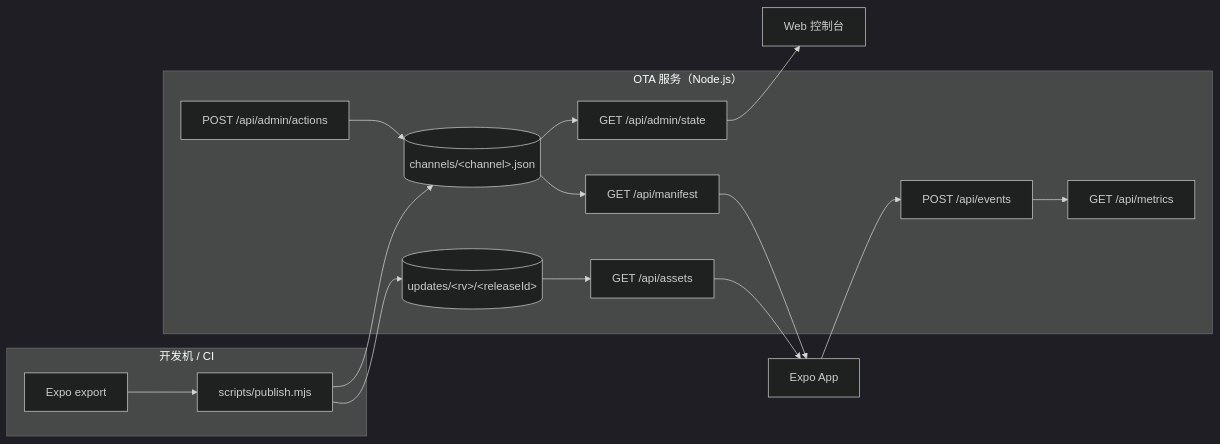
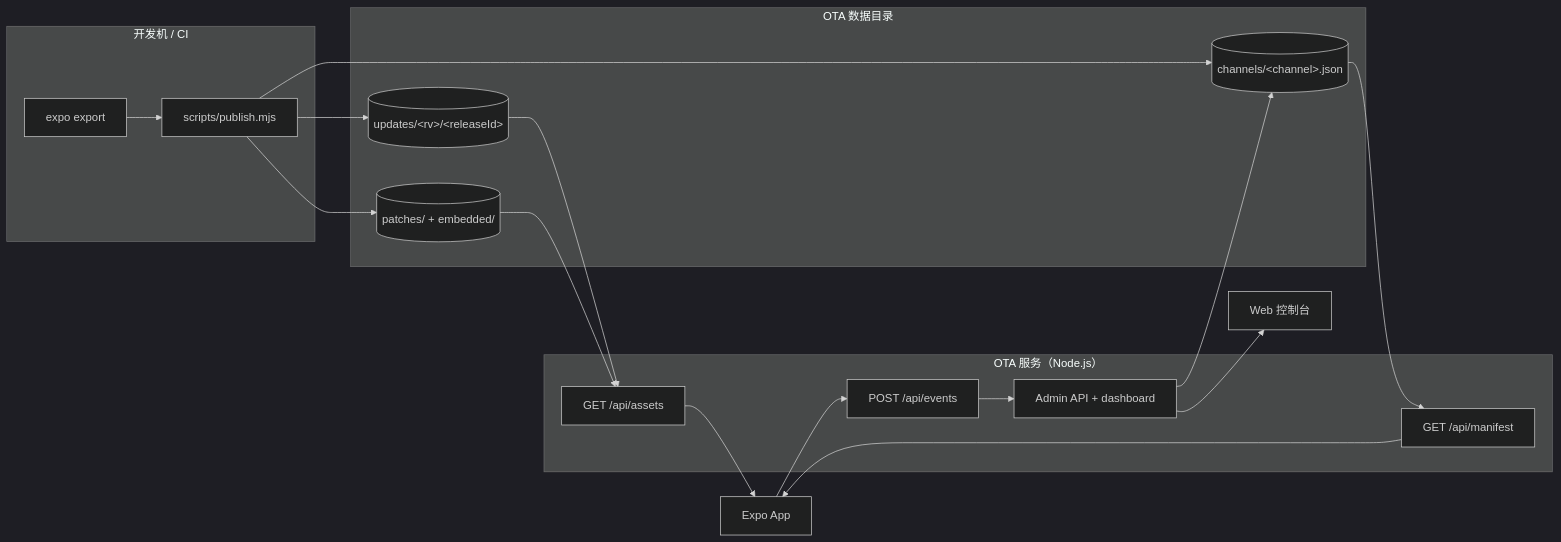
Before and after one commit to zhouyao/react-native-expo-ota-server: the diagram in README.md, drawn with Mermaid (dark theme). The commit also changed other lines of this file and 27 other files, not shown here.

````diff
--- a/README.md
+++ b/README.md
@@ -33,29 +50,35 @@
 ```mermaid
 flowchart LR
     subgraph Build["开发机 / CI"]
-        A[Expo export] --> B[scripts/publish.mjs]
+        A[expo export] --> B["scripts/publish.mjs"]
     end
 
-    subgraph OTA["OTA 服务（Node.js）"]
-        C[(updates/&lt;rv&gt;/&lt;releaseId&gt;)]
-        D[(channels/&lt;channel&gt;.json)]
-        E[GET /api/manifest]
-        F[GET /api/assets]
-        G[POST /api/events]
-        H[GET /api/metrics]
-        I[GET /api/admin/state]
-        J[POST /api/admin/actions]
+    subgraph Data["OTA 数据目录"]
+        C[("updates/&lt;rv&gt;/&lt;releaseId&gt;")]
+        D[("channels/&lt;channel&gt;.json")]
+        P[("patches/ + embedded/")]
     end
+
+    subgraph Server["OTA 服务（Node.js）"]
+        M["GET /api/manifest"]
+        F["GET /api/assets"]
+        E["POST /api/events"]
+        AD["Admin API + dashboard"]
+    end
+
+    K[Expo App]
+    L[Web 控制台]
 
     B --> C
     B --> D
-    D --> E
+    B --> P
+    D --> M
     C --> F
-    E --> K[Expo App]
+    P --> F
+    M --> K
     F --> K
-    K --> G
-    G --> H
-    D --> I
-    J --> D
-    I --> L[Web 控制台]
+    K --> E
+    E --> AD
+    AD --> L
+    AD --> D
 ```
````
